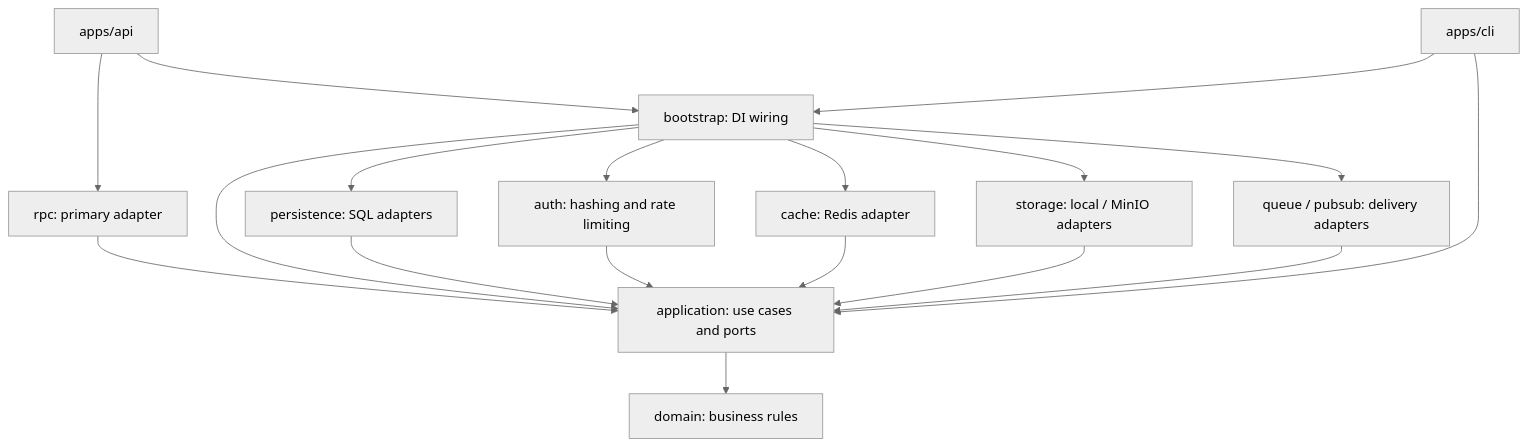
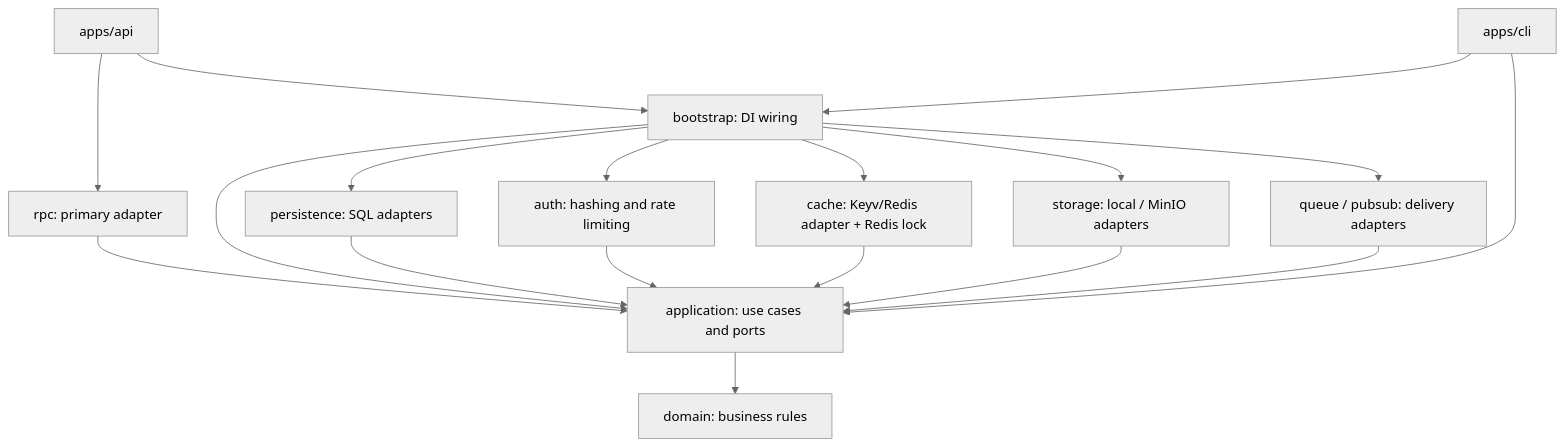
One commit to kouovo/hexstack changed the first of 3 diagrams in README.md. Above: the diagram before and after it, drawn with Mermaid (neutral theme). The commit also changed other lines of this file and 1 other file, not shown here.

Commit message:
docs: document Keyv caching, locking and invalidation

````diff
--- a/README.md
+++ b/README.md
@@ -199,20 +199,20 @@
 ```mermaid
 flowchart TD
   API["apps/api"] --> RPC["rpc: primary adapter"]
   API --> BOOT["bootstrap: DI wiring"]
   CLI["apps/cli"] --> BOOT
   CLI --> APP["application: use cases and ports"]
   RPC --> APP
   BOOT --> APP
   BOOT --> SQL["persistence: SQL adapters"]
   BOOT --> AUTH["auth: hashing and rate limiting"]
-  BOOT --> CACHE["cache: Redis adapter"]
+  BOOT --> CACHE["cache: Keyv/Redis adapter + Redis lock"]
   BOOT --> STORAGE["storage: local / MinIO adapters"]
   CACHE --> APP
   STORAGE --> APP
   BOOT --> DELIVERY["queue / pubsub: delivery adapters"]
   SQL --> APP
   AUTH --> APP
   DELIVERY --> APP
   APP --> DOMAIN["domain: business rules"]
 ```
````
